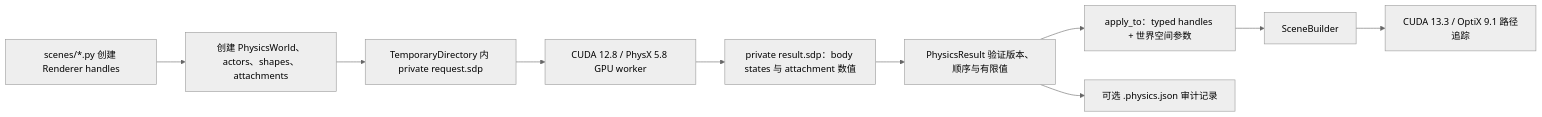
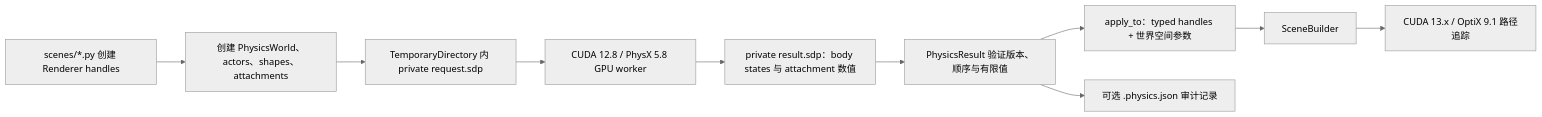
One commit to goooxu/SpectralDock changed the diagram in docs/technical-report/12-physx-rigid-body-scene-baking.md. Above: the diagram before and after it, drawn with Mermaid (neutral theme). The commit also changed other lines of this file and 174 other files, not shown here.

```diff
--- a/docs/technical-report/12-physx-rigid-body-scene-baking.md
+++ b/docs/technical-report/12-physx-rigid-body-scene-baking.md
@@ -24,12 +24,12 @@
 ~~~mermaid
 flowchart LR
     A["scenes/*.py 创建 Renderer handles"] --> B["创建 PhysicsWorld、actors、shapes、attachments"]
     B --> C["TemporaryDirectory 内 private request.sdp"]
     C --> D["CUDA 12.8 / PhysX 5.8 GPU worker"]
     D --> E["private result.sdp：body states 与 attachment 数值"]
     E --> F["PhysicsResult 验证版本、顺序与有限值"]
     F --> G["apply_to：typed handles + 世界空间参数"]
     G --> H["SceneBuilder"]
-    H --> I["CUDA 13.3 / OptiX 9.1 路径追踪"]
+    H --> I["CUDA 13.x / OptiX 9.1 路径追踪"]
     F --> J["可选 .physics.json 审计记录"]
 ~~~
```
